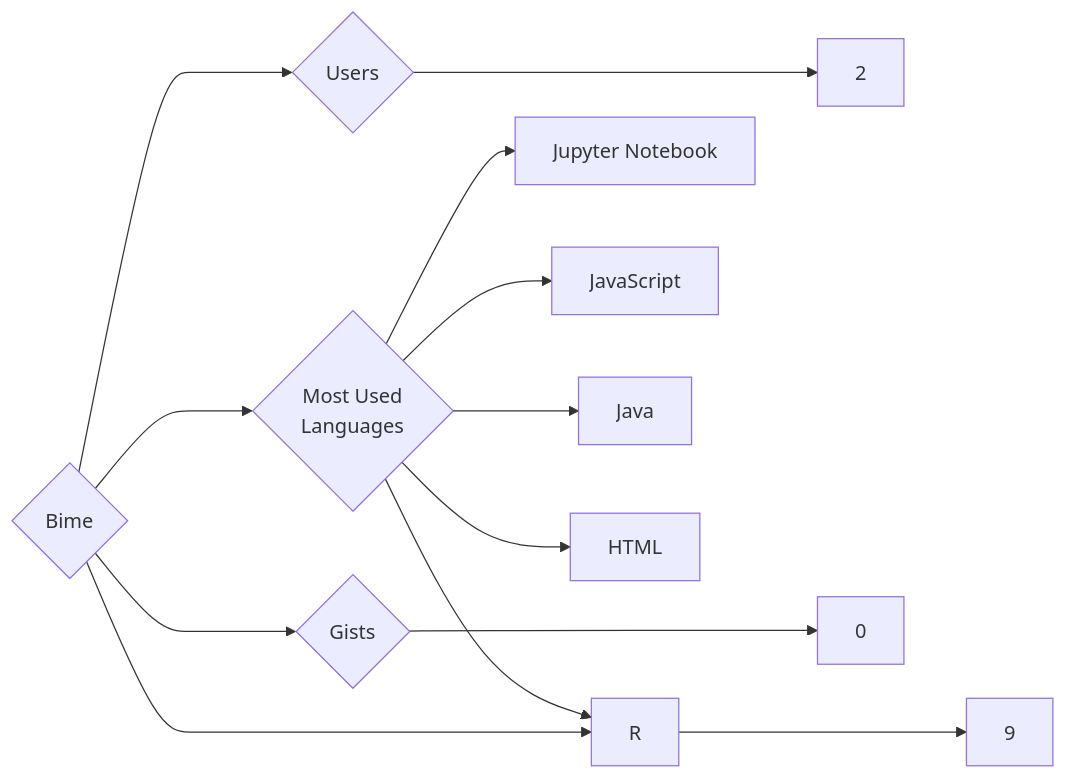
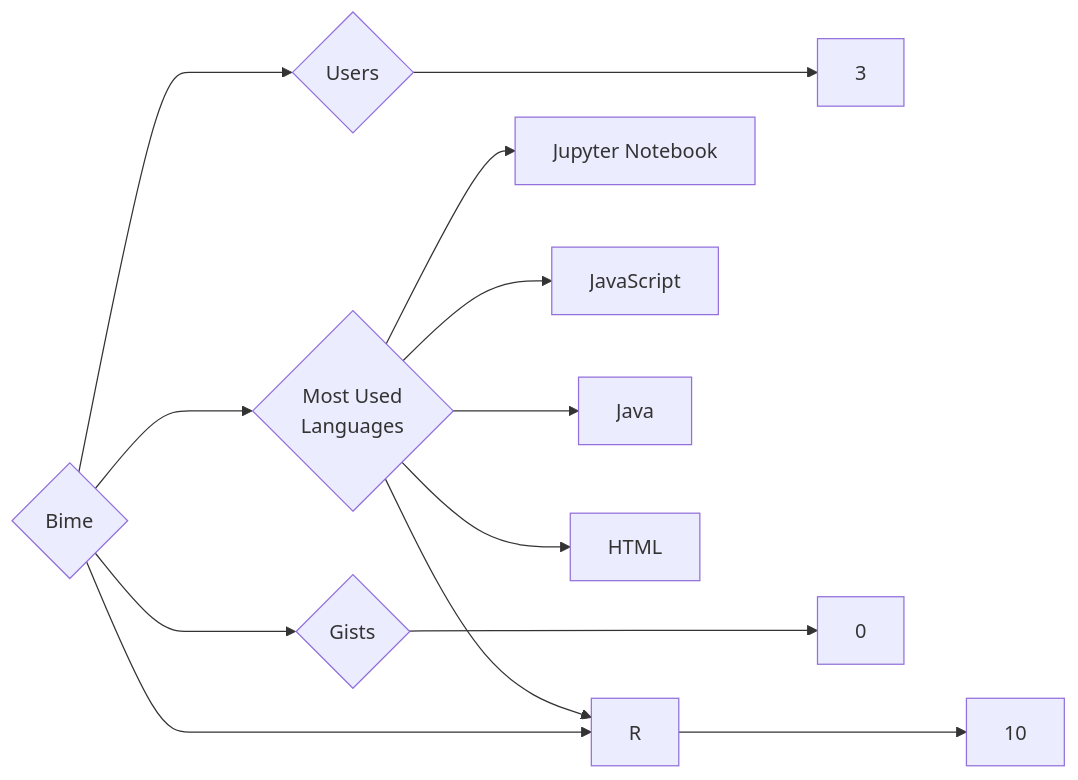
The diagram in targets/Bime/README.md (trickest/insiders), drawn with Mermaid before and after one commit. The commit also changed 721 other files, not shown here.

````diff
--- a/targets/Bime/README.md
+++ b/targets/Bime/README.md
@@ -3,13 +3,13 @@
 ```mermaid
 graph LR
 COMPANY_NAME{Bime}
-COMPANY_NAME ---> U{Users} ---> UN[2]
-COMPANY_NAME ---> R{Repositories} ---> RN[9]
+COMPANY_NAME ---> U{Users} ---> UN[3]
+COMPANY_NAME ---> R{Repositories} ---> RN[10]
 COMPANY_NAME ---> G{Gists} ---> GN[0]
 COMPANY_NAME ---> ML{Most Used<br>Languages}
 ML --> Jupyter_Notebook[Jupyter Notebook]
 ML --> JavaScript[JavaScript]
 ML --> R[R]
 ML --> Java[Java]
 ML --> HTML[HTML]
 ```
````
